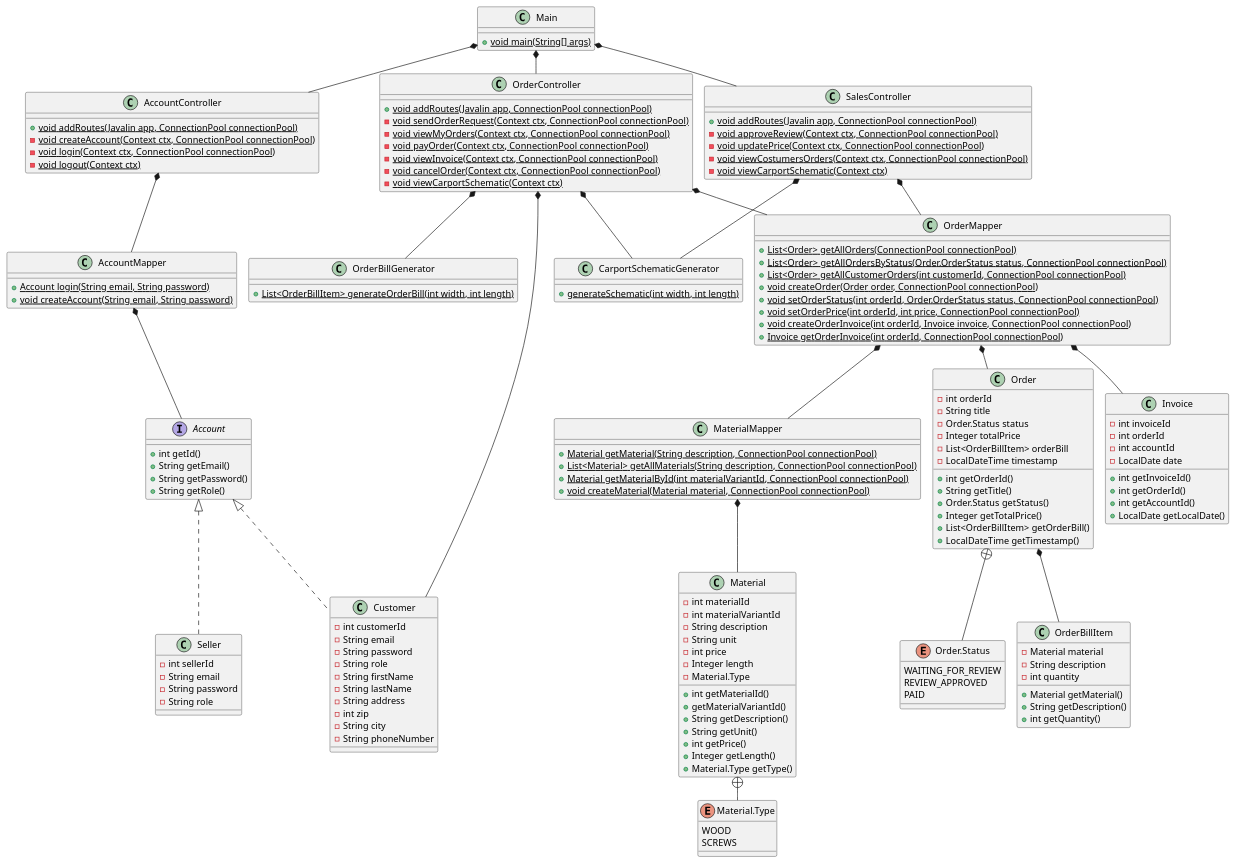
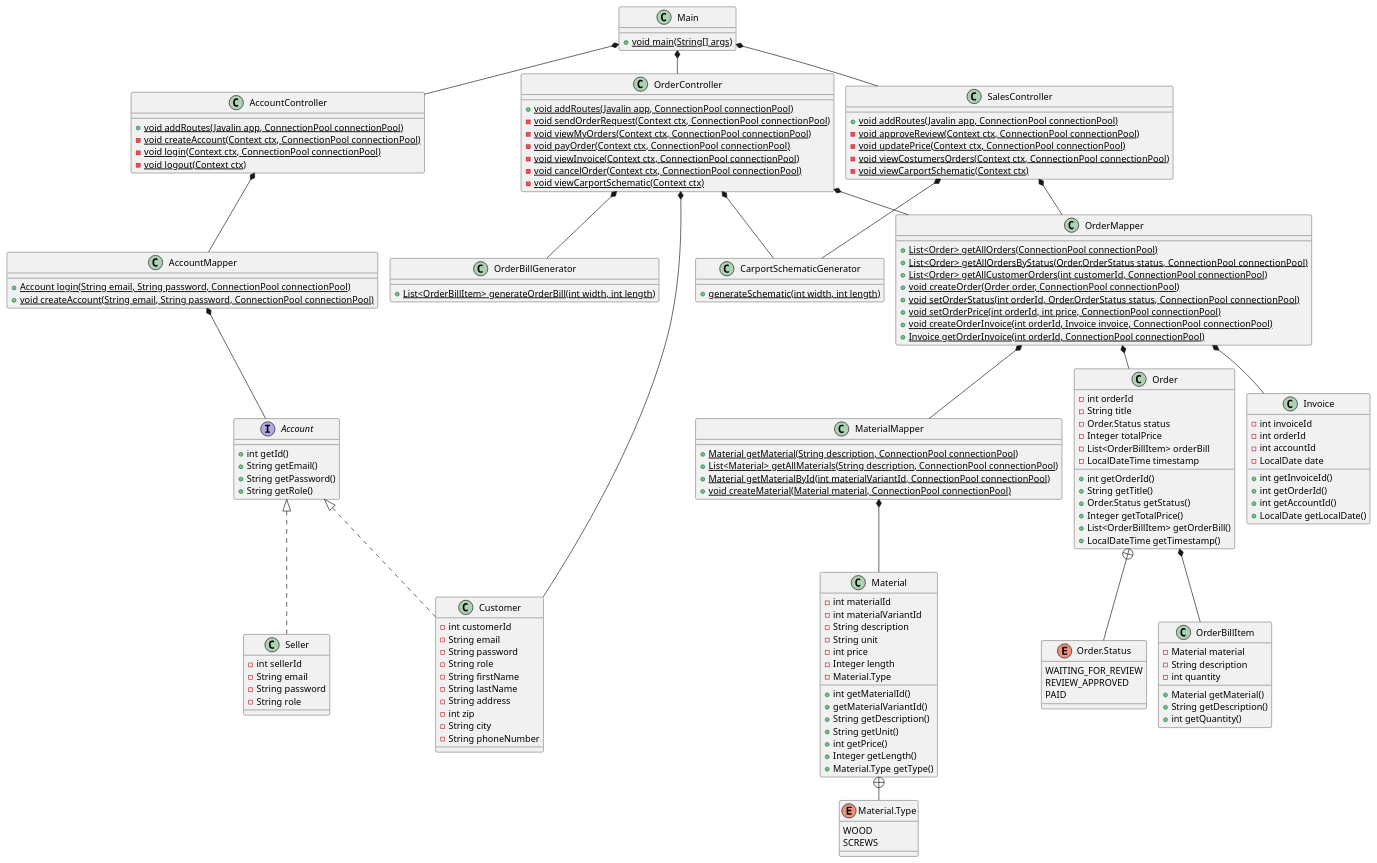
Before and after one commit to Shiihon/Dat2_Carport: the diagram in doc/static/class_diagrams/class_diagram1.puml, drawn with PlantUML.

Commit message:
Update class diagram

```diff
--- a/doc/static/class_diagrams/class_diagram1.puml
+++ b/doc/static/class_diagrams/class_diagram1.puml
@@ -1,184 +1,184 @@
 @startuml
 'https://plantuml.com/class-diagram
 !pragma layout smetana
 set separator none
 
 class Main {
     + {static} void main(String[] args)
 }
 
 class AccountController {
     + {static} void addRoutes(Javalin app, ConnectionPool connectionPool)
     - {static} void createAccount(Context ctx, ConnectionPool connectionPool)
     - {static} void login(Context ctx, ConnectionPool connectionPool)
     - {static} void logout(Context ctx)
 }
 
 class SalesController {
     + {static} void addRoutes(Javalin app, ConnectionPool connectionPool)
     - {static} void approveReview(Context ctx, ConnectionPool connectionPool)
     - {static} void updatePrice(Context ctx, ConnectionPool connectionPool)
     - {static} void viewCostumersOrders(Context ctx, ConnectionPool connectionPool)
     - {static} void viewCarportSchematic(Context ctx)
 }
 
 class OrderController {
     + {static} void addRoutes(Javalin app, ConnectionPool connectionPool)
     - {static} void sendOrderRequest(Context ctx, ConnectionPool connectionPool)
     - {static} void viewMyOrders(Context ctx, ConnectionPool connectionPool)
     - {static} void payOrder(Context ctx, ConnectionPool connectionPool)
     - {static} void viewInvoice(Context ctx, ConnectionPool connectionPool)
     - {static} void cancelOrder(Context ctx, ConnectionPool connectionPool)
     - {static} void viewCarportSchematic(Context ctx)
 }
 
 class AccountMapper {
-    + {static} Account login(String email, String password)
-    + {static} void createAccount(String email, String password)
+    + {static} Account login(String email, String password, ConnectionPool connectionPool)
+    + {static} void createAccount(String email, String password, ConnectionPool connectionPool)
 }
 
 class OrderMapper {
     + {static} List<Order> getAllOrders(ConnectionPool connectionPool)
     + {static} List<Order> getAllOrdersByStatus(Order.OrderStatus status, ConnectionPool connectionPool)
     + {static} List<Order> getAllCustomerOrders(int customerId, ConnectionPool connectionPool)
     + {static} void createOrder(Order order, ConnectionPool connectionPool)
     + {static} void setOrderStatus(int orderId, Order.OrderStatus status, ConnectionPool connectionPool)
     + {static} void setOrderPrice(int orderId, int price, ConnectionPool connectionPool)
     + {static} void createOrderInvoice(int orderId, Invoice invoice, ConnectionPool connectionPool)
     + {static} Invoice getOrderInvoice(int orderId, ConnectionPool connectionPool)
 }
 
 class MaterialMapper {
     + {static} Material getMaterial(String description, ConnectionPool connectionPool)
     + {static} List<Material> getAllMaterials(String description, ConnectionPool connectionPool)
     + {static} Material getMaterialById(int materialVariantId, ConnectionPool connectionPool)
     + {static} void createMaterial(Material material, ConnectionPool connectionPool)
 }
 
 interface Account {
     + int getId()
     + String getEmail()
     + String getPassword()
     + String getRole()
 }
 
 class Seller implements Account {
     - int sellerId
     - String email
     - String password
     - String role
 }
 
 class Customer implements Account {
     - int customerId
     - String email
     - String password
     - String role
     - String firstName
     - String lastName
     - String address
     - int zip
     - String city
     - String phoneNumber
 }
 
 class CarportSchematicGenerator {
     + {static} generateSchematic(int width, int length)
 }
 
 class OrderBillGenerator {
     + {static} List<OrderBillItem> generateOrderBill(int width, int length)
 }
 
 class Order {
     - int orderId
     - String title
     - Order.Status status
     - Integer totalPrice
     - List<OrderBillItem> orderBill
     - LocalDateTime timestamp
 
     + int getOrderId()
     + String getTitle()
     + Order.Status getStatus()
     + Integer getTotalPrice()
     + List<OrderBillItem> getOrderBill()
     + LocalDateTime getTimestamp()
 }
 
 enum Order.Status {
     WAITING_FOR_REVIEW
     REVIEW_APPROVED
     PAID
 }
 
 class OrderBillItem {
     - Material material
     - String description
     - int quantity
 
     + Material getMaterial()
     + String getDescription()
     + int getQuantity()
 }
 
 class Invoice {
     - int invoiceId
     - int orderId
     - int accountId
     - LocalDate date
 
     + int getInvoiceId()
     + int getOrderId()
     + int getAccountId()
     + LocalDate getLocalDate()
 }
 
 class Material {
     - int materialId
     - int materialVariantId
     - String description
     - String unit
     - int price
     - Integer length
     - Material.Type
 
     + int getMaterialId()
     + getMaterialVariantId()
     + String getDescription()
     + String getUnit()
     + int getPrice()
     + Integer getLength()
     + Material.Type getType()
 }
 
 enum Material.Type {
     WOOD
     SCREWS
 }
 
 Main *-- AccountController
 Main *-- OrderController
 Main *-- SalesController
 
 AccountController *-- AccountMapper
 OrderController *-- OrderMapper
 SalesController *-- OrderMapper
 
 OrderController *-- CarportSchematicGenerator
 OrderController *-- OrderBillGenerator
 OrderController *-- Customer
 SalesController *-- CarportSchematicGenerator
 
 AccountMapper *-- Account
 OrderMapper *-- Order
 OrderMapper *-- Invoice
 OrderMapper *-- MaterialMapper
 MaterialMapper *-- Material
 
 Order *-- OrderBillItem
 Order +-- Order.Status
 
 Material +-- Material.Type
 
 @enduml
```
